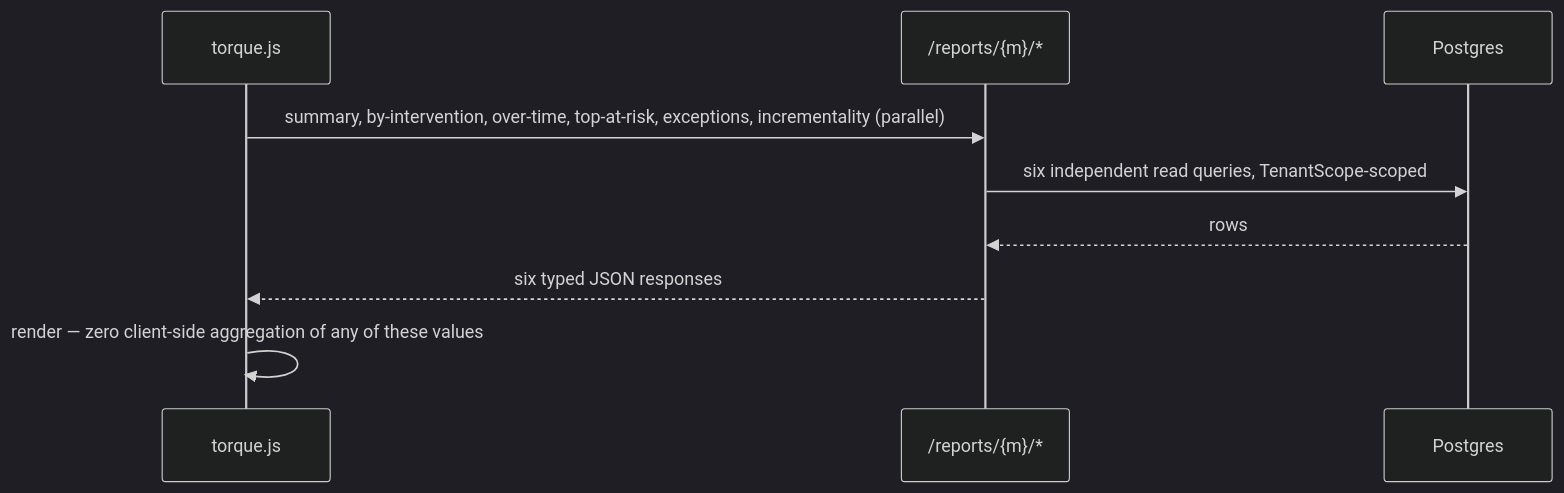
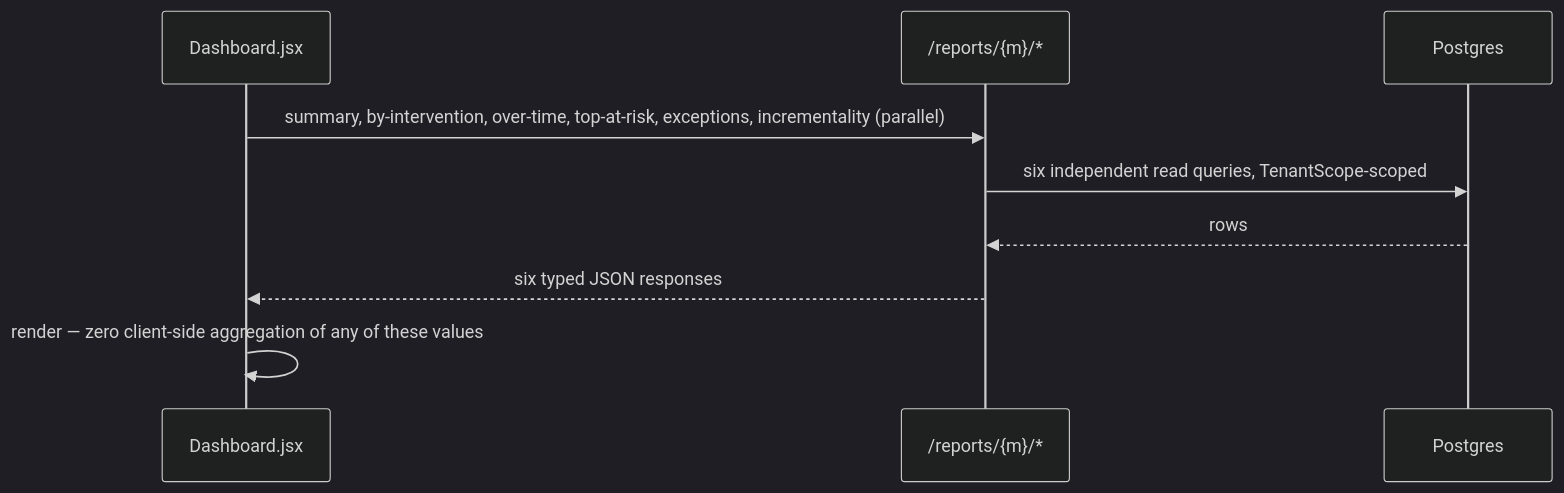
Before and after one commit to Shashquatch28/torque: the fourth of 4 diagrams in documentation/demo/ARCHITECTURE.md, drawn with Mermaid (dark theme). The commit also changed other lines of this file and 44 other files, not shown here.

````diff
--- a/documentation/demo/ARCHITECTURE.md
+++ b/documentation/demo/ARCHITECTURE.md
@@ -138,12 +195,12 @@
 ```mermaid
 sequenceDiagram
-    participant JS as torque.js
+    participant React as Dashboard.jsx
     participant API as /reports/{m}/*
     participant DB as Postgres
 
-    JS->>API: summary, by-intervention, over-time, top-at-risk, exceptions, incrementality (parallel)
+    React->>API: summary, by-intervention, over-time, top-at-risk, exceptions, incrementality (parallel)
     API->>DB: six independent read queries, TenantScope-scoped
     DB-->>API: rows
-    API-->>JS: six typed JSON responses
-    JS->>JS: render — zero client-side aggregation of any of these values
+    API-->>React: six typed JSON responses
+    React->>React: render — zero client-side aggregation of any of these values
 ```
````
